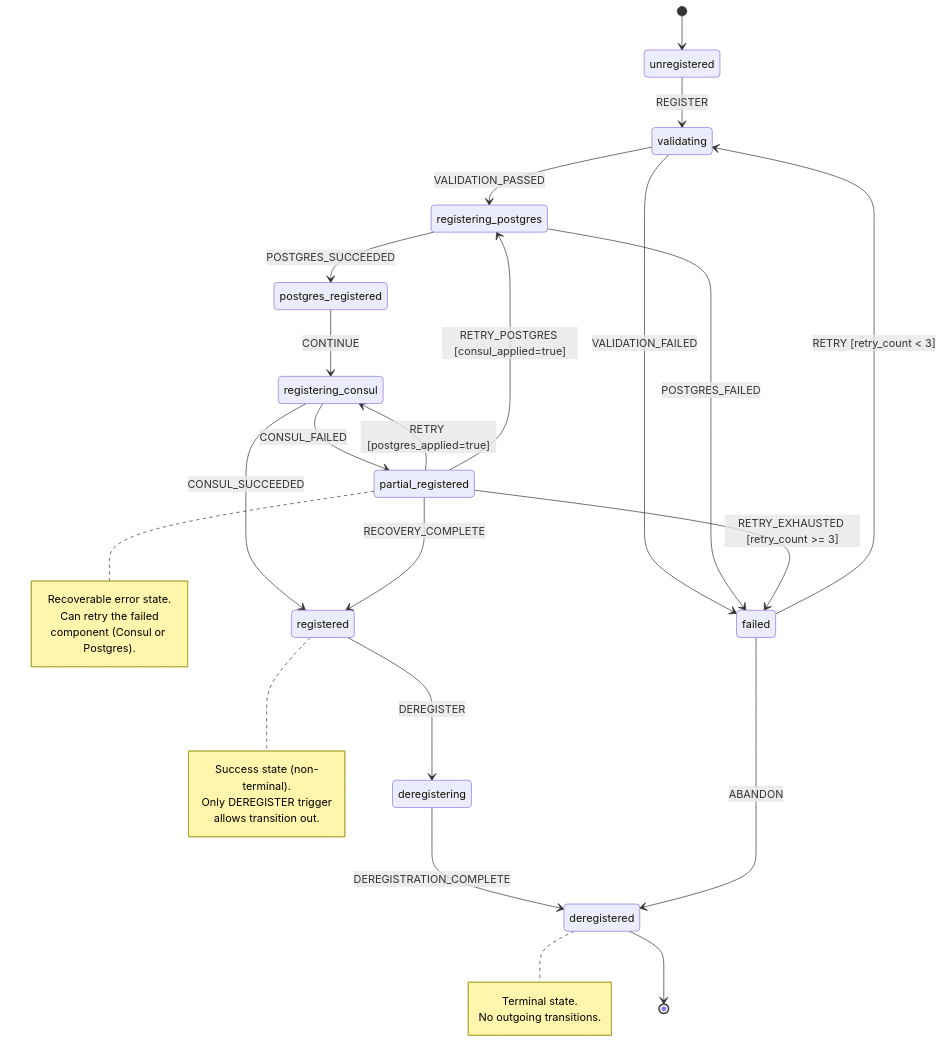
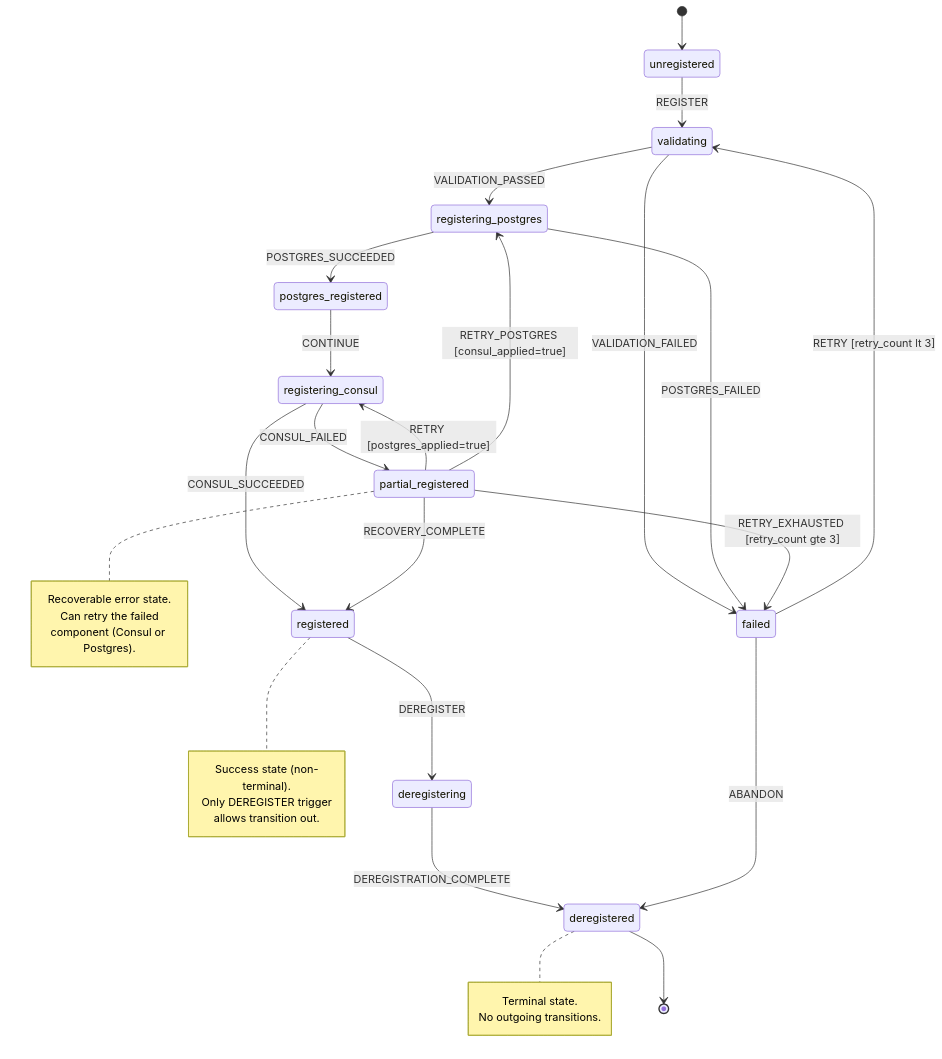
The diagram in docs/architecture/REGISTRATION_FSM_CONTRACT.md (OmniNode-ai/omnibase_core), drawn with Mermaid before and after one commit. The commit also changed other lines of this file and 3 other files, not shown here.

First line of the commit message:
fix(docs): improve mermaid diagram compatibility (#514)

````diff
--- a/docs/architecture/REGISTRATION_FSM_CONTRACT.md
+++ b/docs/architecture/REGISTRATION_FSM_CONTRACT.md
@@ -1969,48 +1971,48 @@
 ```mermaid
 stateDiagram-v2
     [*] --> unregistered
 
     unregistered --> validating : REGISTER
 
     validating --> registering_postgres : VALIDATION_PASSED
     validating --> failed : VALIDATION_FAILED
 
     registering_postgres --> postgres_registered : POSTGRES_SUCCEEDED
     registering_postgres --> failed : POSTGRES_FAILED
 
     postgres_registered --> registering_consul : CONTINUE
 
     registering_consul --> registered : CONSUL_SUCCEEDED
     registering_consul --> partial_registered : CONSUL_FAILED
 
     partial_registered --> registering_consul : RETRY [postgres_applied=true]
     partial_registered --> registering_postgres : RETRY_POSTGRES [consul_applied=true]
     partial_registered --> registered : RECOVERY_COMPLETE
-    partial_registered --> failed : RETRY_EXHAUSTED [retry_count >= 3]
+    partial_registered --> failed : RETRY_EXHAUSTED [retry_count gte 3]
 
     registered --> deregistering : DEREGISTER
 
     deregistering --> deregistered : DEREGISTRATION_COMPLETE
 
-    failed --> validating : RETRY [retry_count < 3]
+    failed --> validating : RETRY [retry_count lt 3]
     failed --> deregistered : ABANDON
 
     note right of registered
         Success state (non-terminal).
         Only DEREGISTER trigger
         allows transition out.
     end note
 
     note right of partial_registered
         Recoverable error state.
         Can retry the failed
         component (Consul or Postgres).
     end note
 
     note right of deregistered
         Terminal state.
         No outgoing transitions.
     end note
 
     deregistered --> [*]
 ```
````
